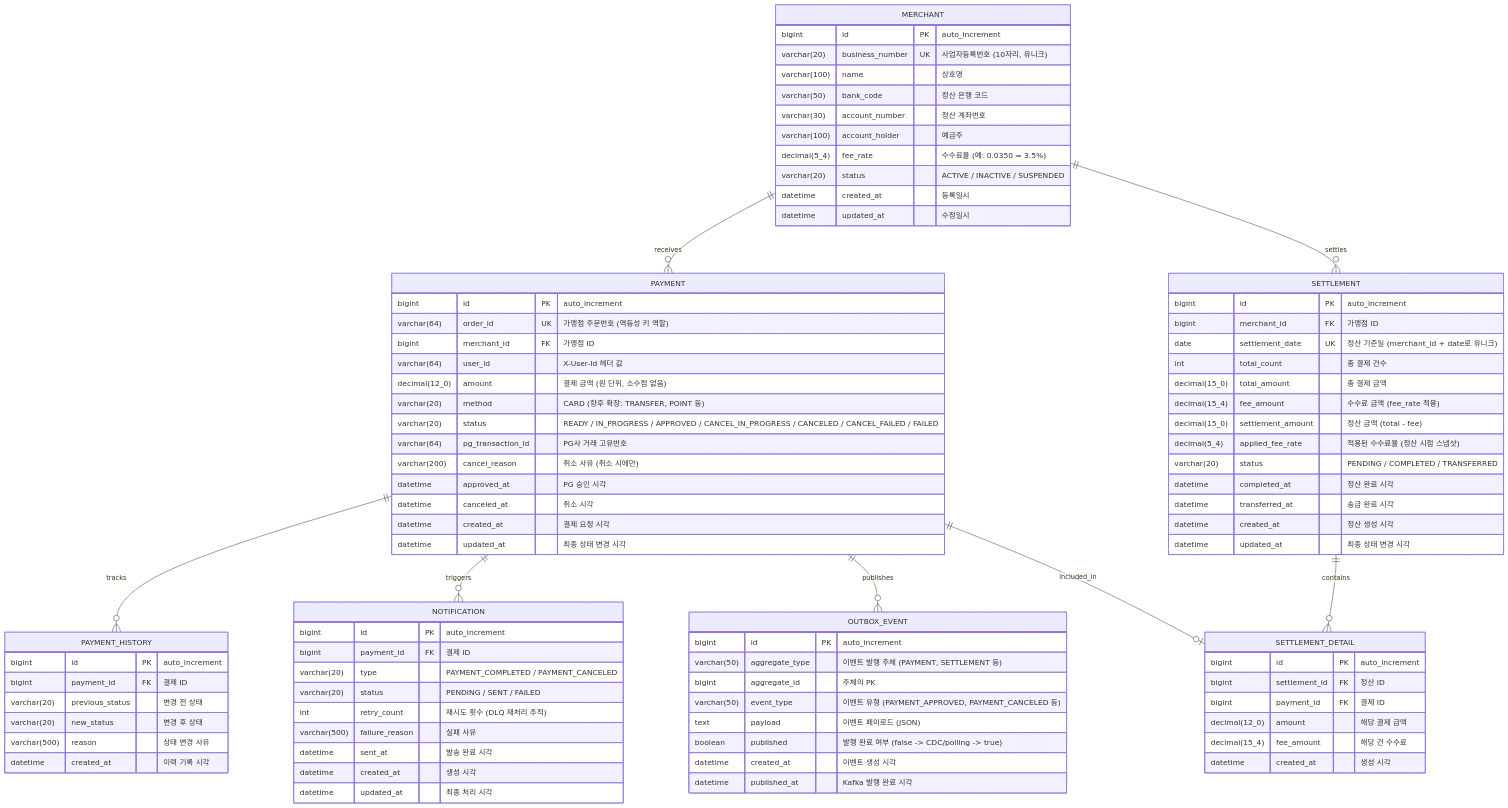
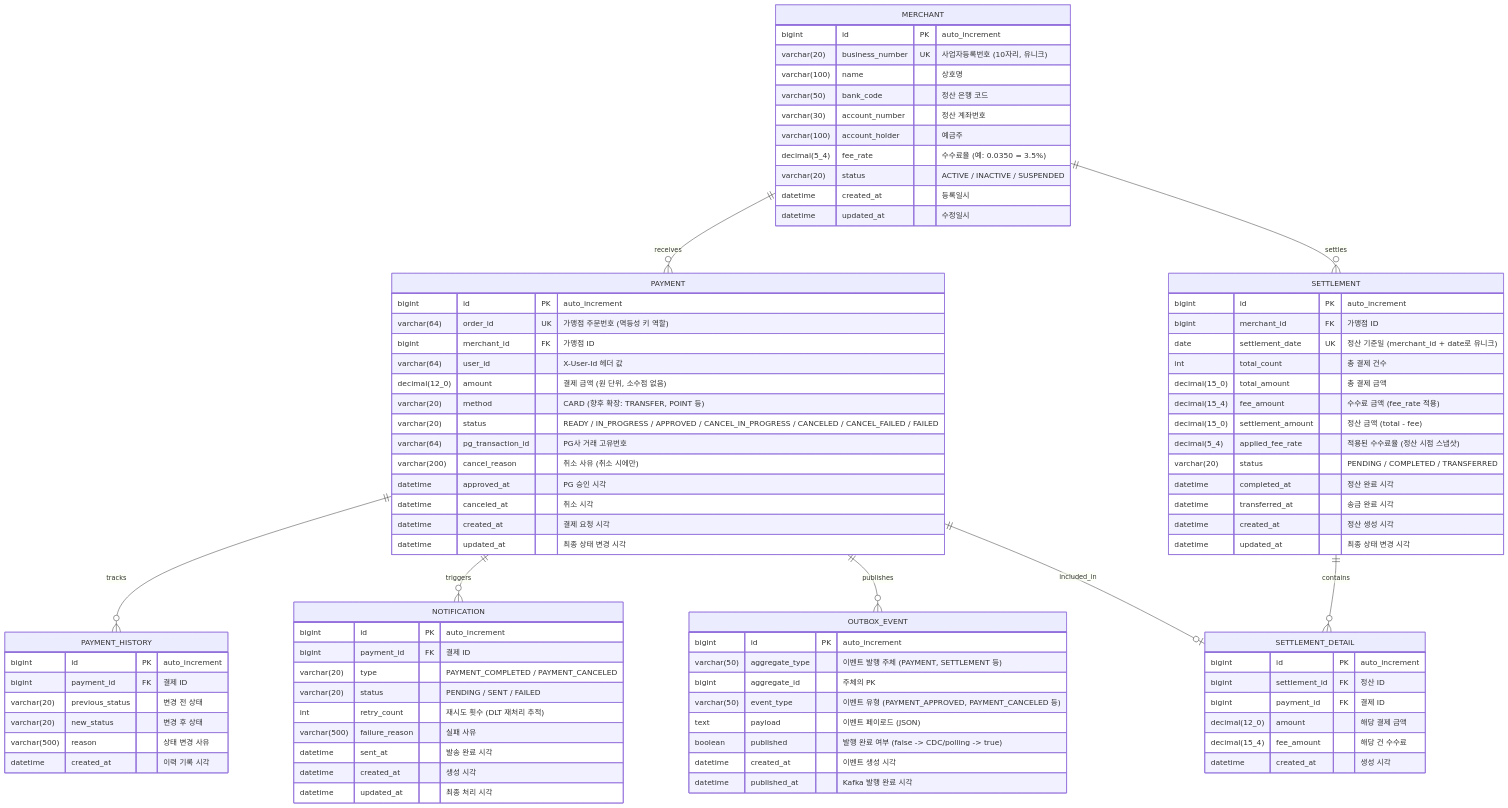
One commit to woojeans7/leopay changed the diagram in docs/ERD.md. Above: the diagram before and after it, drawn with Mermaid. The commit also changed other lines of this file and 2 other files, not shown here.

Commit message:
docs: init project setup (README, CLAUDE.md, ERD, agents)

```diff
--- a/docs/ERD.md
+++ b/docs/ERD.md
@@ -75,7 +75,7 @@
         bigint payment_id FK "결제 ID"
         varchar(20) type "PAYMENT_COMPLETED / PAYMENT_CANCELED"
         varchar(20) status "PENDING / SENT / FAILED"
-        int retry_count "재시도 횟수 (DLQ 재처리 추적)"
+        int retry_count "재시도 횟수 (DLT 재처리 추적)"
         varchar(500) failure_reason "실패 사유"
         datetime sent_at "발송 완료 시각"
         datetime created_at "생성 시각"
```
